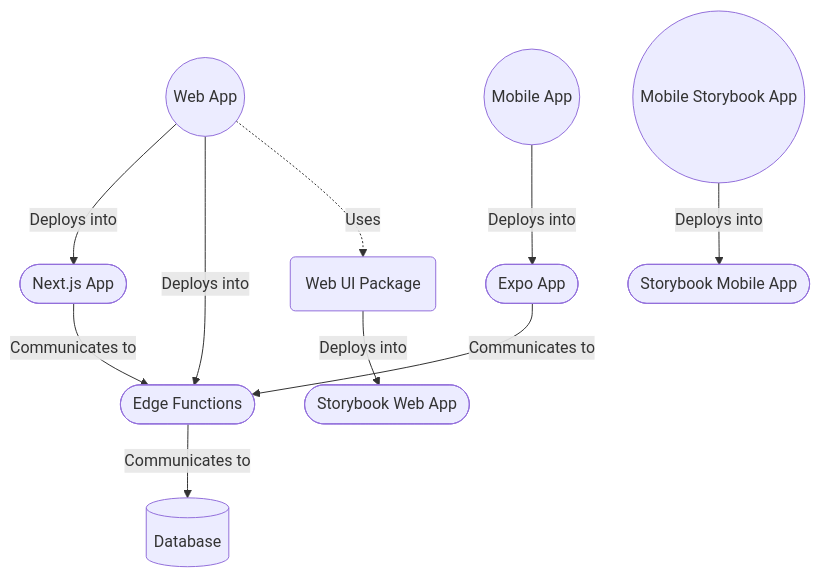
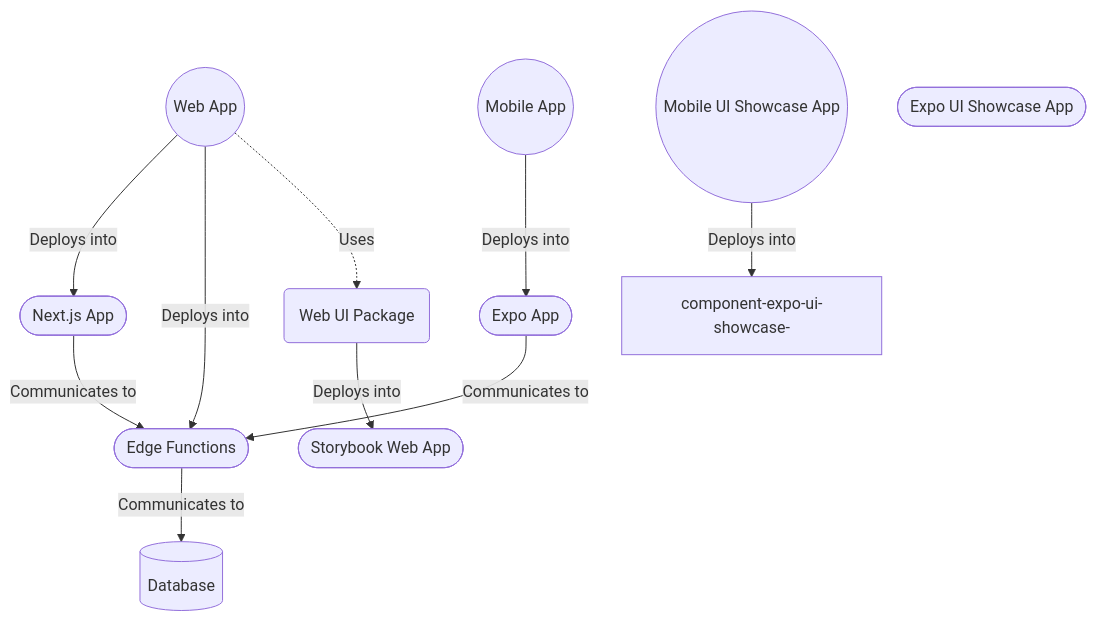
The first of 2 diagrams in docs/architecture/general.md (Rock-n-Prog/web-ts-monorepo-starter-pack), drawn with Mermaid before and after one commit. The commit also changed other lines of this file and 69 other files, not shown here.

First line of the commit message:
chore: add base mobile ui-showcase app (#155)

````diff
--- a/docs/architecture/general.md
+++ b/docs/architecture/general.md
@@ -10,23 +10,23 @@
 ```mermaid
 graph TD;
   apps-web((Web App))
   apps-mobile((Mobile App))
-  apps-mobile-storybook((Mobile Storybook App))
+  apps-mobile-ui-showcase((Mobile UI Showcase App))
   packages-web-ui(Web UI Package)
   component-nextjs-app([Next.js App])
   component-edge-functions([Edge Functions])
   component-expo-app([Expo App])
   component-storybook-web-app([Storybook Web App])
-  component-storybook-mobile-app([Storybook Mobile App])
+  component-expo-ui-showcase-app([Expo UI Showcase App])
   component-db[(Database)]
 
   apps-web --> |Deploys into| component-nextjs-app
   apps-web --> |Deploys into| component-edge-functions
   apps-web -.-> |Uses| packages-web-ui
   apps-mobile --> |Deploys into| component-expo-app
   component-nextjs-app --> |Communicates to| component-edge-functions
   component-expo-app --> |Communicates to| component-edge-functions
   component-edge-functions --> |Communicates to| component-db
   packages-web-ui --> |Deploys into| component-storybook-web-app
-  apps-mobile-storybook --> |Deploys into| component-storybook-mobile-app
+  apps-mobile-ui-showcase --> |Deploys into| component-expo-ui-showcase-
 ```
````
